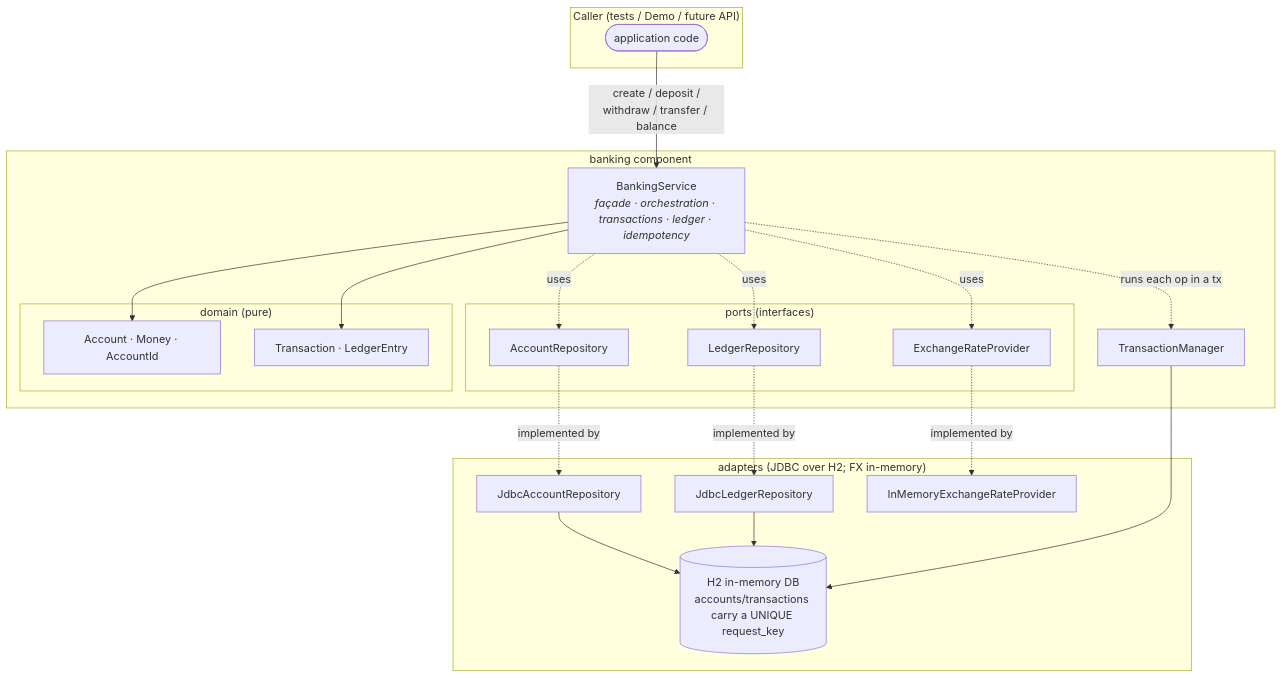
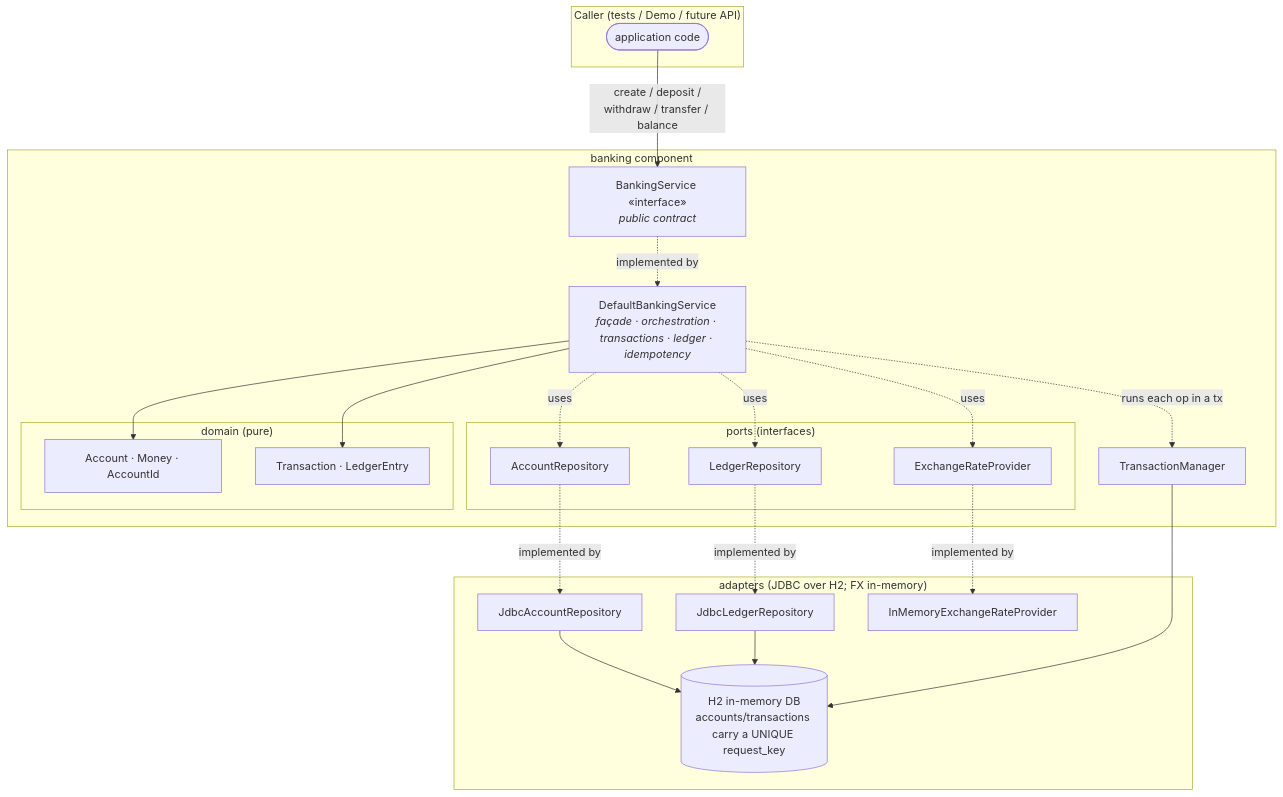
Before and after one commit to ngaikkeung/firstcircle-banking: the first of 2 diagrams in doc/system-overview.md, drawn with Mermaid. The commit also changed other lines of this file and 9 other files, not shown here.

First line of the commit message:
refactor: extract BankingService interface + expand Demo

````diff
--- a/doc/system-overview.md
+++ b/doc/system-overview.md
@@ -24,45 +24,47 @@
 ```mermaid
 flowchart TB
     subgraph Client["Caller (tests / Demo / future API)"]
         C([application code])
     end
 
     subgraph Core["banking component"]
-        BS["BankingService<br/><i>façade · orchestration · transactions · ledger · idempotency</i>"]
+        BS["BankingService «interface»<br/><i>public contract</i>"]
+        DBS["DefaultBankingService<br/><i>façade · orchestration · transactions · ledger · idempotency</i>"]
 
         subgraph Ports["ports (interfaces)"]
             AR["AccountRepository"]
             LR["LedgerRepository"]
             FX["ExchangeRateProvider"]
         end
 
         subgraph Domain["domain (pure)"]
             AC["Account · Money · AccountId"]
             TX["Transaction · LedgerEntry"]
         end
 
         TM["TransactionManager"]
     end
 
     subgraph Adapters["adapters (JDBC over H2; FX in-memory)"]
         JAR["JdbcAccountRepository"]
         JLR["JdbcLedgerRepository"]
         IFX["InMemoryExchangeRateProvider"]
         H2[("H2 in-memory DB<br/>accounts/transactions carry a UNIQUE request_key")]
     end
 
     C -->|"create / deposit /<br/>withdraw / transfer / balance"| BS
-    BS --> AC
-    BS --> TX
-    BS -.->|runs each op in a tx| TM
-    BS -.->|uses| AR
-    BS -.->|uses| LR
-    BS -.->|uses| FX
+    BS -.->|implemented by| DBS
+    DBS --> AC
+    DBS --> TX
+    DBS -.->|runs each op in a tx| TM
+    DBS -.->|uses| AR
+    DBS -.->|uses| LR
+    DBS -.->|uses| FX
 
     AR -.->|implemented by| JAR
     LR -.->|implemented by| JLR
     FX -.->|implemented by| IFX
     JAR --> H2
     JLR --> H2
     TM --> H2
 ```
````
